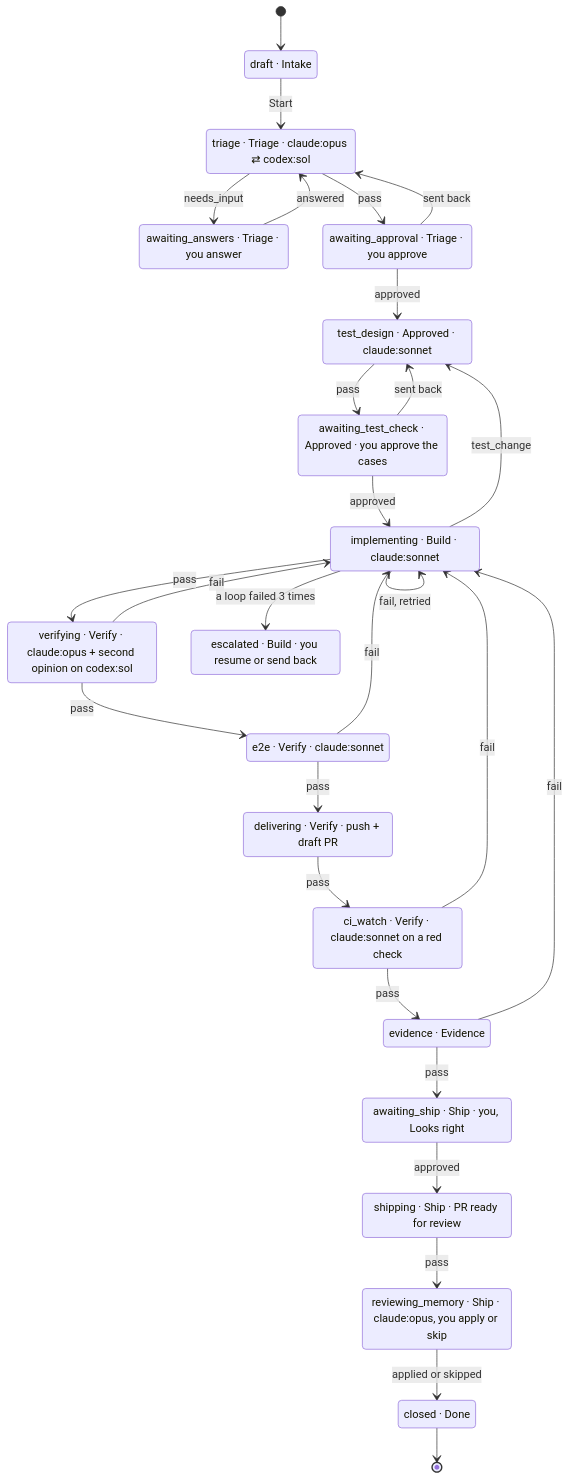
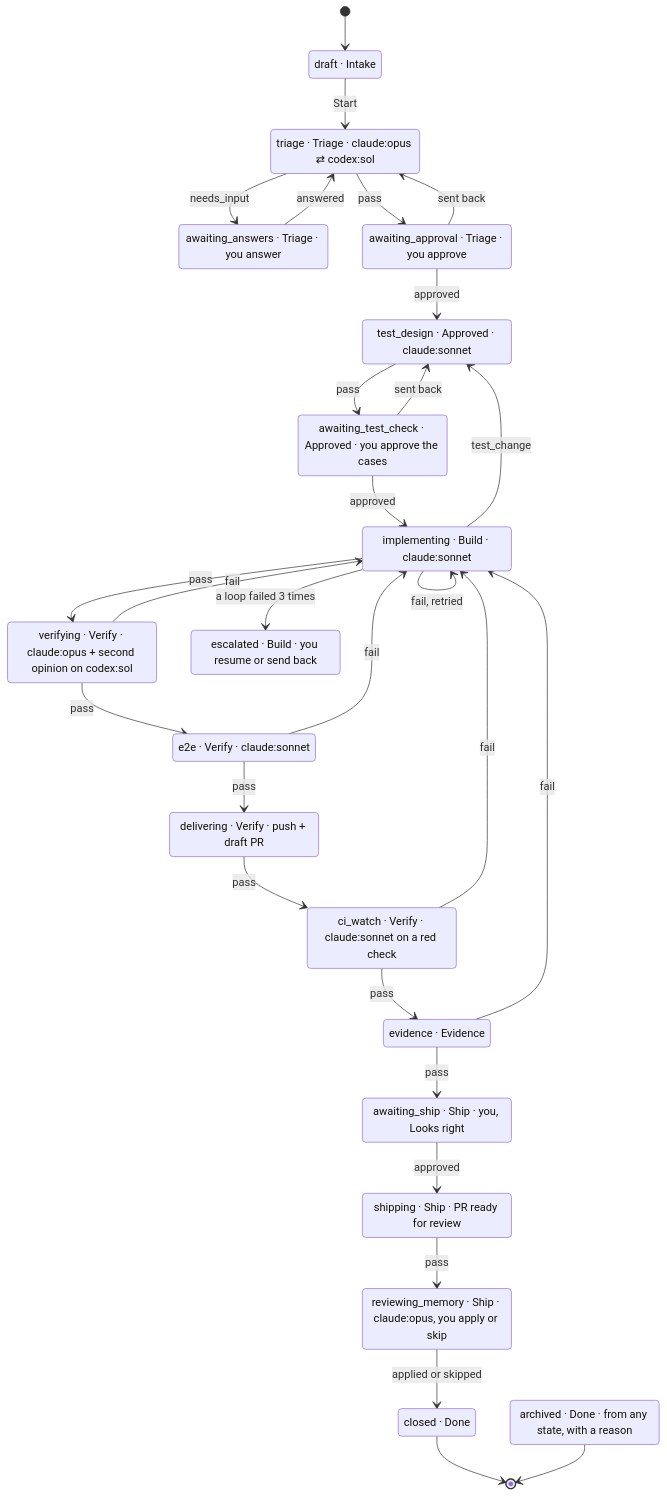
The second of 3 diagrams in docs/architecture.md (HigorAlves/luna-tui), drawn with Mermaid before and after one commit. The commit also changed other lines of this file and 2 other files, not shown here.

Commit message:
docs: wave 0 of RFC 0005 in architecture, api and configuration

````diff
--- a/docs/architecture.md
+++ b/docs/architecture.md
@@ -103,49 +103,51 @@
 ```mermaid
 stateDiagram-v2
   direction TB
   draft: draft · Intake
   triage: triage · Triage · claude:opus ⇄ codex:sol
   awaiting_answers: awaiting_answers · Triage · you answer
   awaiting_approval: awaiting_approval · Triage · you approve
   test_design: test_design · Approved · claude:sonnet
   awaiting_test_check: awaiting_test_check · Approved · you approve the cases
   implementing: implementing · Build · claude:sonnet
   verifying: verifying · Verify · claude:opus + second opinion on codex:sol
   e2e: e2e · Verify · claude:sonnet
   delivering: delivering · Verify · push + draft PR
   ci_watch: ci_watch · Verify · claude:sonnet on a red check
   evidence: evidence · Evidence
   awaiting_ship: awaiting_ship · Ship · you, Looks right
   shipping: shipping · Ship · PR ready for review
   reviewing_memory: reviewing_memory · Ship · claude:opus, you apply or skip
   escalated: escalated · Build · you resume or send back
   closed: closed · Done
+  archived: archived · Done · from any state, with a reason
 
   [*] --> draft
   draft --> triage: Start
   triage --> awaiting_answers: needs_input
   awaiting_answers --> triage: answered
   triage --> awaiting_approval: pass
   awaiting_approval --> triage: sent back
   awaiting_approval --> test_design: approved
   test_design --> awaiting_test_check: pass
   awaiting_test_check --> test_design: sent back
   awaiting_test_check --> implementing: approved
   implementing --> verifying: pass
   implementing --> implementing: fail, retried
   implementing --> test_design: test_change
   verifying --> e2e: pass
   e2e --> delivering: pass
   delivering --> ci_watch: pass
   ci_watch --> evidence: pass
   evidence --> awaiting_ship: pass
   verifying --> implementing: fail
   e2e --> implementing: fail
   ci_watch --> implementing: fail
   evidence --> implementing: fail
   implementing --> escalated: a loop failed 3 times
   awaiting_ship --> shipping: approved
   shipping --> reviewing_memory: pass
   reviewing_memory --> closed: applied or skipped
   closed --> [*]
+  archived --> [*]
 ```
````
